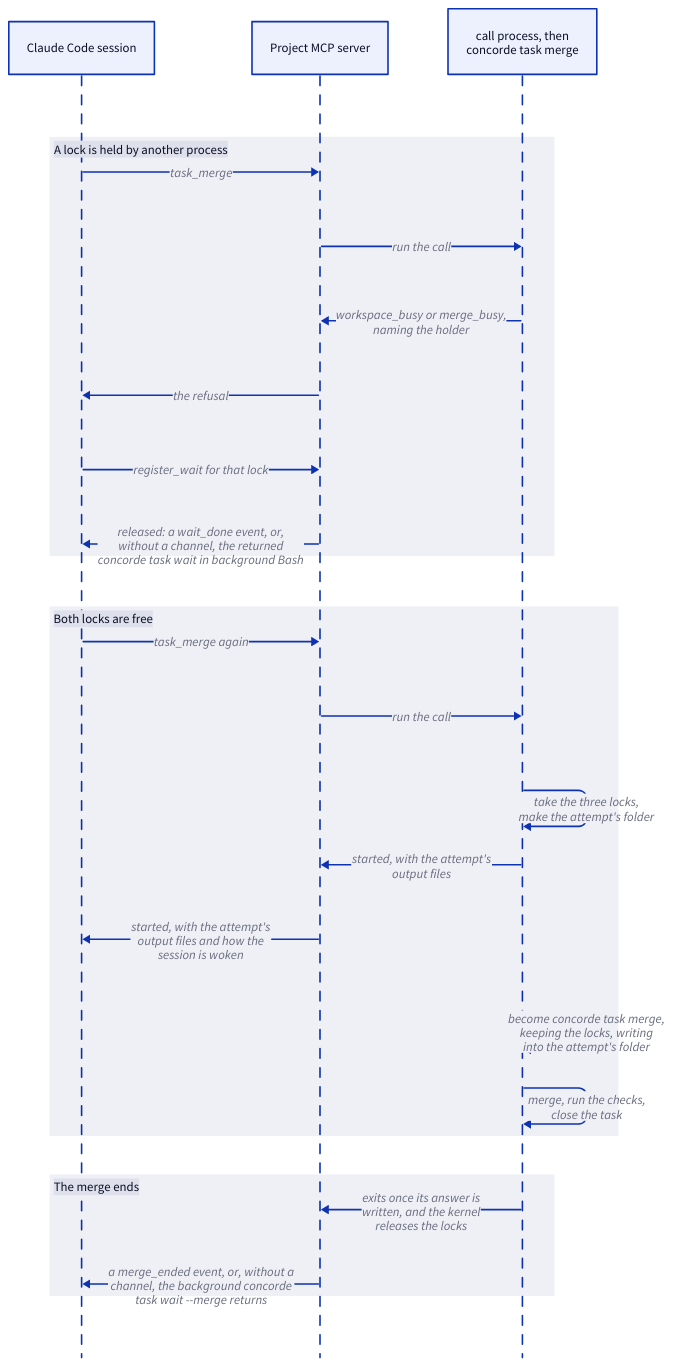
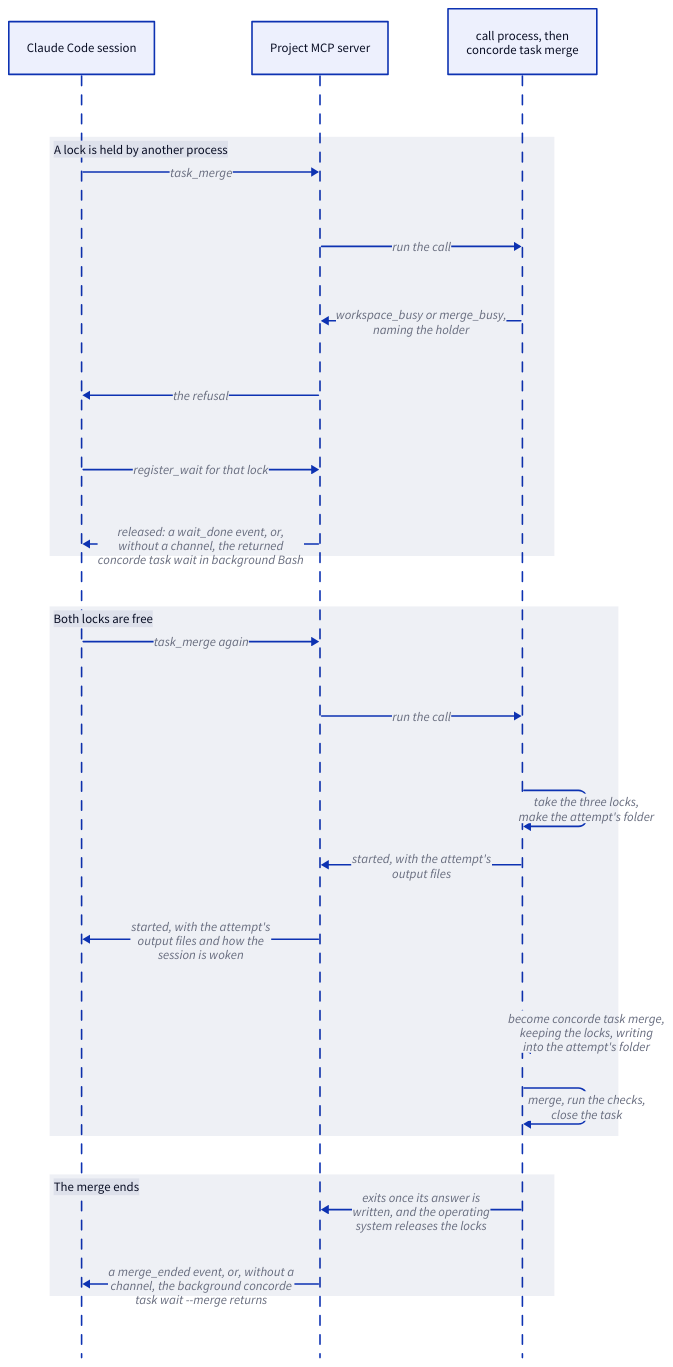
The third of 4 diagrams in specs/concorde/coordination/main-session/module.md (FTOD/concorde), drawn with D2 before and after one commit. The commit also changed other lines of this file and 109 other files, not shown here.

````diff
--- a/specs/concorde/coordination/main-session/module.md
+++ b/specs/concorde/coordination/main-session/module.md
@@ -589,27 +599,27 @@
 ```d2 illustrative
 shape: sequence_diagram
 session: Claude Code session
 server: Project MCP server
 merge: "call process, then\nconcorde task merge"
 busy: "A lock is held by another process" {
   session -> server: task_merge
   server -> merge: "run the call"
   merge -> server: "workspace_busy or merge_busy,\nnaming the holder"
   server -> session: "the refusal"
   session -> server: register_wait for that lock
   server -> session: "released: a wait_done event, or,\nwithout a channel, the returned\nconcorde task wait in background Bash"
 }
 granted: "Both locks are free" {
   session -> server: task_merge again
   server -> merge: "run the call"
   merge -> merge: "take the three locks,\nmake the attempt's folder"
   merge -> server: "started, with the attempt's\noutput files"
   server -> session: "started, with the attempt's\noutput files and how the\nsession is woken"
   merge -> merge: "become concorde task merge,\nkeeping the locks, writing\ninto the attempt's folder"
   merge -> merge: "merge, run the checks,\nclose the task"
 }
 ended: "The merge ends" {
-  merge -> server: "exits once its answer is\nwritten, and the kernel\nreleases the locks"
+  merge -> server: "exits once its answer is\nwritten, and the operating\nsystem releases the locks"
   server -> session: "a merge_ended event, or, without a\nchannel, the background concorde\ntask wait --merge returns"
 }
 ```
````
